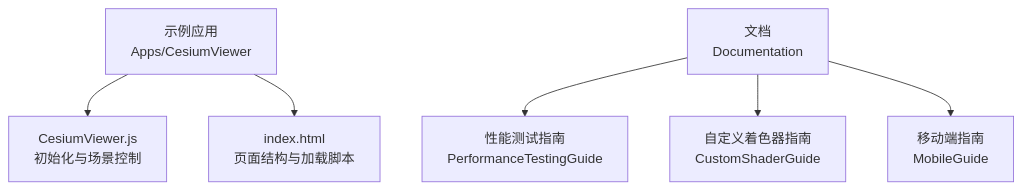
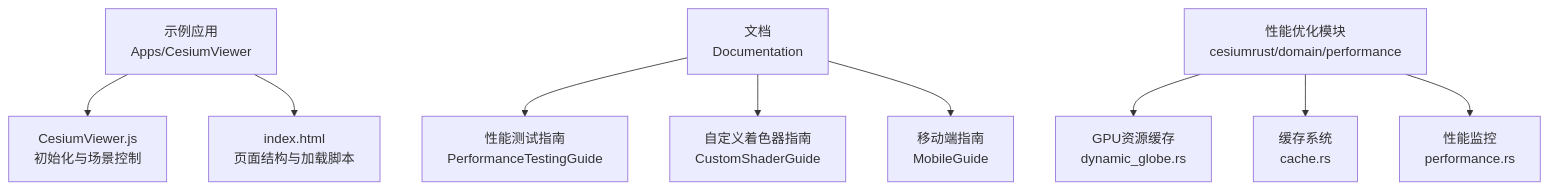
Before and after one commit to rzhangjing/cesium: the first of 13 diagrams in .qoder/repowiki/zh/content/性能优化/性能优化.md, drawn with Mermaid. The commit also changed other lines of this file and 24 other files, not shown here.

````diff
--- a/.qoder/repowiki/zh/content/性能优化/性能优化.md
+++ b/.qoder/repowiki/zh/content/性能优化/性能优化.md
@@ -42,8 +55,11 @@
 ```mermaid
 graph TB
 A["示例应用<br/>Apps/CesiumViewer"] --> B["CesiumViewer.js<br/>初始化与场景控制"]
 A --> C["index.html<br/>页面结构与加载脚本"]
 D["文档<br/>Documentation"] --> E["性能测试指南<br/>PerformanceTestingGuide"]
 D --> F["自定义着色器指南<br/>CustomShaderGuide"]
 D --> G["移动端指南<br/>MobileGuide"]
+H["性能优化模块<br/>cesiumrust/domain/performance"] --> I["GPU资源缓存<br/>dynamic_globe.rs"]
+H --> J["缓存系统<br/>cache.rs"]
+H --> K["性能监控<br/>performance.rs"]
 ```
````
